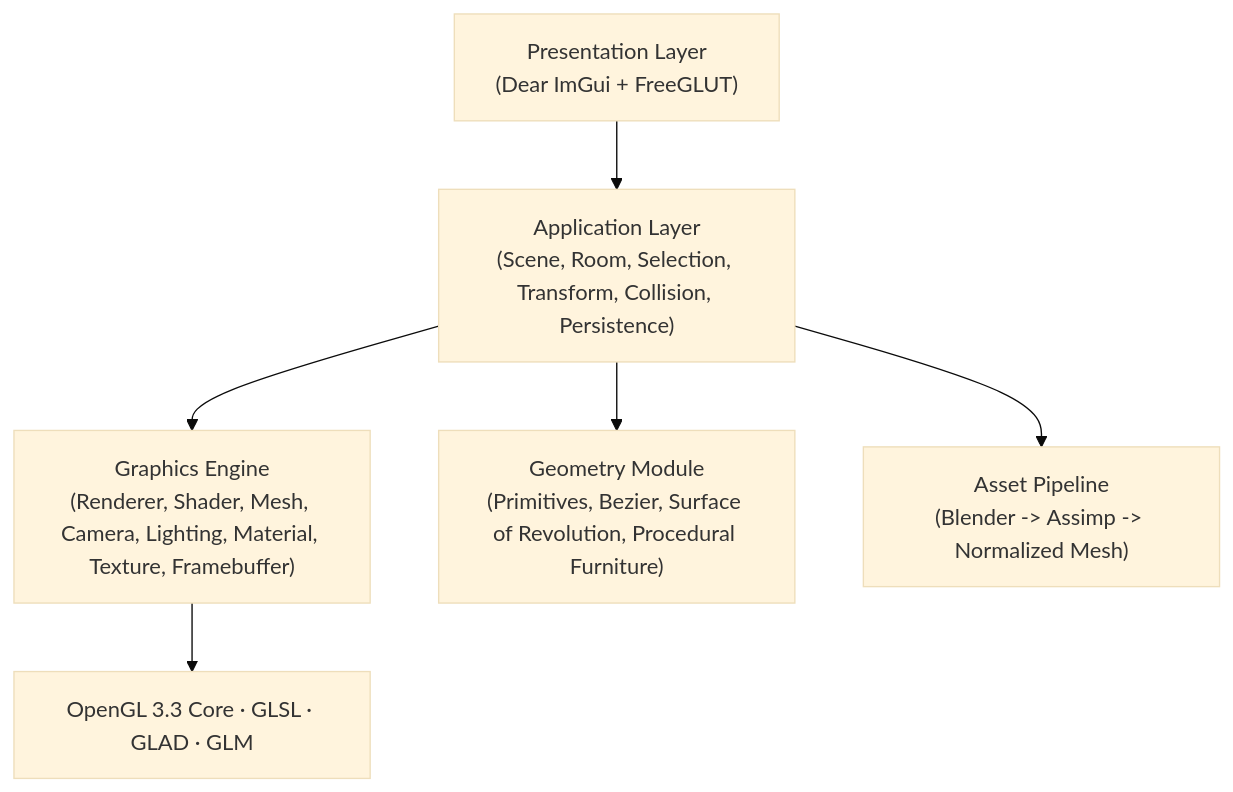
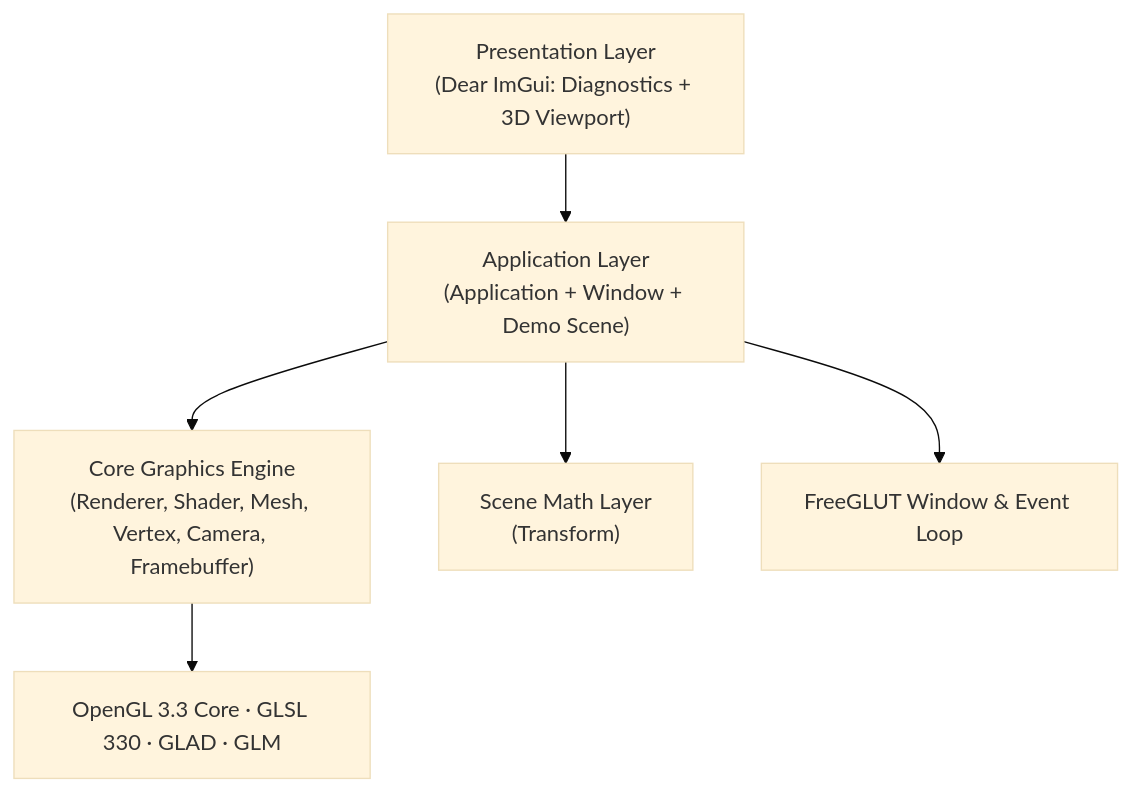
Before and after one commit to Eddy-hoang/Room-craft-3d: the first of 3 diagrams in docs/ARCHITECTURE.md, drawn with Mermaid (base theme). The commit also changed other lines of this file and 39 other files, not shown here.

Commit message:
M1 — Core Graphics Engine

````diff
--- a/docs/ARCHITECTURE.md
+++ b/docs/ARCHITECTURE.md
@@ -5,8 +5,8 @@
 ```mermaid
 flowchart TD
-    UI["Presentation Layer\n(Dear ImGui + FreeGLUT)"] --> APP["Application Layer\n(Scene, Room, Selection, Transform, Collision, Persistence)"]
-    APP --> GFX["Graphics Engine\n(Renderer, Shader, Mesh, Camera, Lighting, Material, Texture, Framebuffer)"]
-    APP --> GEO["Geometry Module\n(Primitives, Bezier, Surface of Revolution, Procedural Furniture)"]
-    APP --> ASSETS["Asset Pipeline\n(Blender -> Assimp -> Normalized Mesh)"]
-    GFX --> GL["OpenGL 3.3 Core · GLSL · GLAD · GLM"]
+    UI["Presentation Layer\n(Dear ImGui: Diagnostics + 3D Viewport)"] --> APP["Application Layer\n(Application + Window + Demo Scene)"]
+    APP --> GFX["Core Graphics Engine\n(Renderer, Shader, Mesh, Vertex, Camera, Framebuffer)"]
+    APP --> SCENE["Scene Math Layer\n(Transform)"]
+    GFX --> GL["OpenGL 3.3 Core · GLSL 330 · GLAD · GLM"]
+    APP --> GLUT["FreeGLUT Window & Event Loop"]
 ```
````
